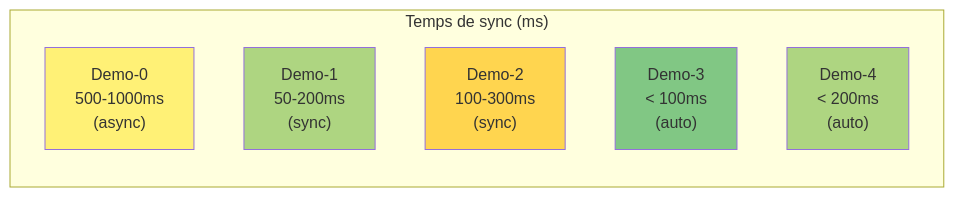
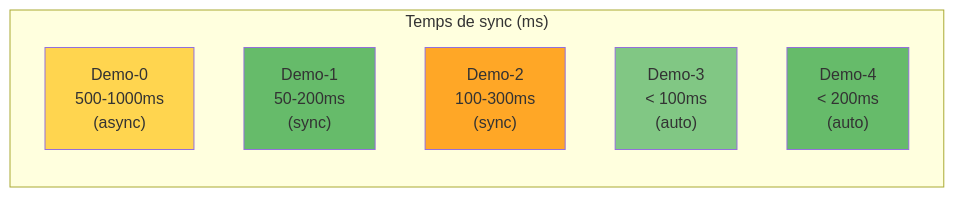
Diagram 24 of 39 in 02-DIAGRAMMES_ARCHITECTURES.md (inskillflow/auths-1-NEXTJS-introduction), drawn with Mermaid before and after one commit. The commit also changed other lines of this file, not shown here.

````diff
--- a/02-DIAGRAMMES_ARCHITECTURES.md
+++ b/02-DIAGRAMMES_ARCHITECTURES.md
@@ -846,16 +846,16 @@
 ```mermaid
 graph LR
     subgraph "Temps de sync (ms)"
         D0["Demo-0<br/>500-1000ms<br/>(async)"]
         D1["Demo-1<br/>50-200ms<br/>(sync)"]
         D2["Demo-2<br/>100-300ms<br/>(sync)"]
         D3["Demo-3<br/>< 100ms<br/>(auto)"]
         D4["Demo-4<br/>< 200ms<br/>(auto)"]
     end
     
-    style D0 fill:#fff176
-    style D1 fill:#aed581
-    style D2 fill:#ffd54f
+    style D0 fill:#ffd54f
+    style D1 fill:#66bb6a
+    style D2 fill:#ffa726
     style D3 fill:#81c784
-    style D4 fill:#aed581
+    style D4 fill:#66bb6a
 ```
````
